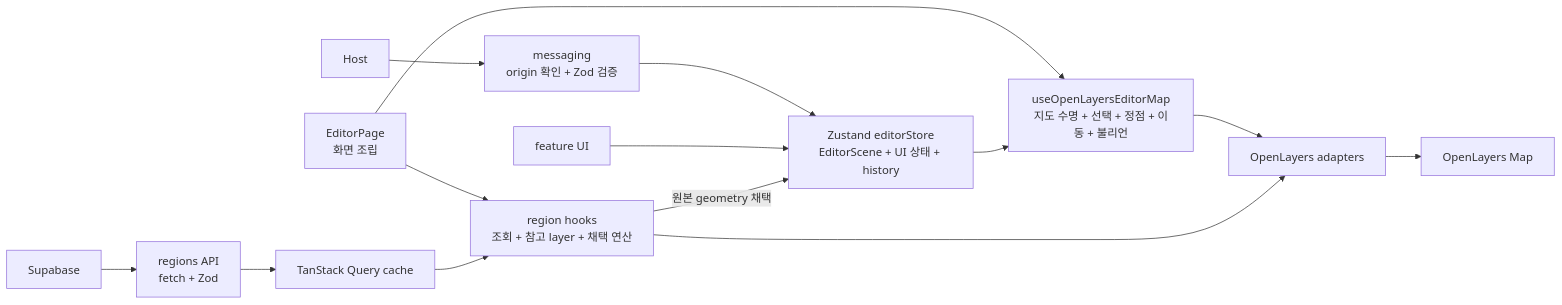
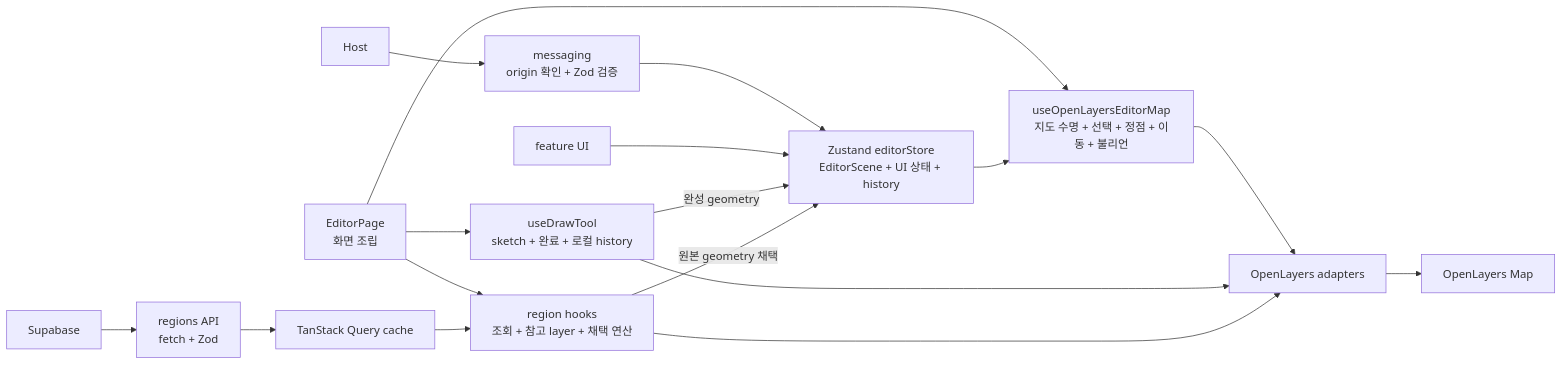
Before and after one commit to kimik-hyum/map-editor: the first of 2 diagrams in src/pages/editor/ARCHITECTURE.md, drawn with Mermaid. The commit also changed other lines of this file and 34 other files, not shown here.

````diff
--- a/src/pages/editor/ARCHITECTURE.md
+++ b/src/pages/editor/ARCHITECTURE.md
@@ -12,19 +12,22 @@
 ```mermaid
 flowchart LR
   Host["Host"] --> Messaging["messaging<br/>origin 확인 + Zod 검증"]
   Messaging --> Store["Zustand editorStore<br/>EditorScene + UI 상태 + history"]
 
   Page["EditorPage<br/>화면 조립"] --> MapHook["useOpenLayersEditorMap<br/>지도 수명 + 선택 + 정점 + 이동 + 불리언"]
+  Page --> DrawHook["useDrawTool<br/>sketch + 완료 + 로컬 history"]
   Page --> RegionHooks["region hooks<br/>조회 + 참고 layer + 채택 연산"]
   FeatureUI["feature UI"] --> Store
   Store --> MapHook
+  DrawHook -- "완성 geometry" --> Store
 
   Supabase["Supabase"] --> RegionApi["regions API<br/>fetch + Zod"]
   RegionApi --> Query["TanStack Query cache"]
   Query --> RegionHooks
 
   MapHook --> Adapters["OpenLayers adapters"]
+  DrawHook --> Adapters
   RegionHooks --> Adapters
   RegionHooks -- "원본 geometry 채택" --> Store
   Adapters --> OpenLayers["OpenLayers Map"]
 ```
````
